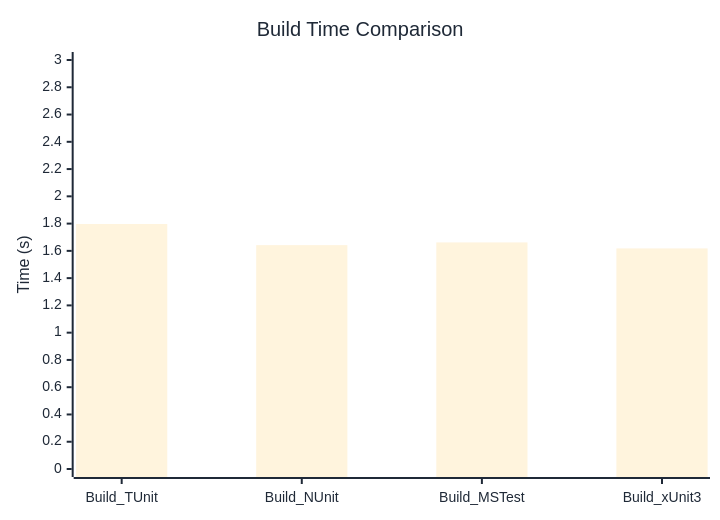
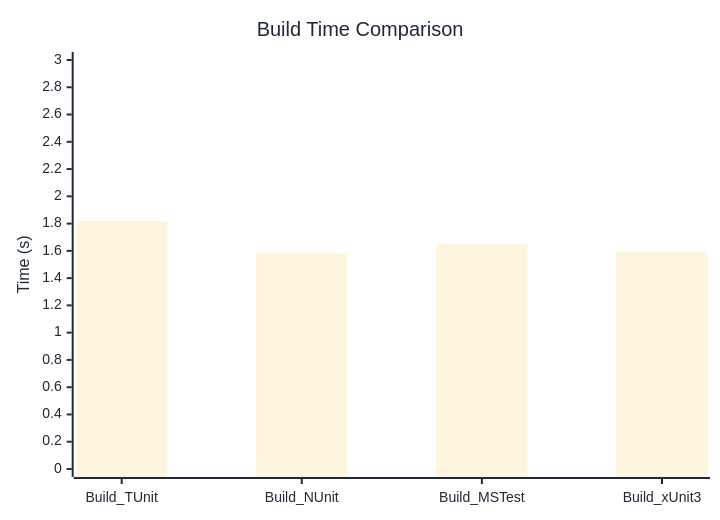
The diagram in docs/docs/benchmarks/BuildTime.md (thomhurst/TUnit), drawn with Mermaid before and after one commit. The commit also changed other lines of this file and 17 other files, not shown here.

````diff
--- a/docs/docs/benchmarks/BuildTime.md
+++ b/docs/docs/benchmarks/BuildTime.md
@@ -28,37 +28,37 @@
 ```mermaid
 %%{init: {
   'theme':'base',
   'themeVariables': {
     'primaryColor': '#2563eb',
     'primaryTextColor': '#1f2937',
     'primaryBorderColor': '#1e40af',
     'lineColor': '#6b7280',
     'secondaryColor': '#7c3aed',
     'tertiaryColor': '#dc2626',
     'background': '#ffffff',
     'mainBkg': '#2563eb',
     'secondBkg': '#7c3aed',
     'tertiaryBkg': '#dc2626',
     'clusterBkg': '#f3f4f6',
     'edgeLabelBackground': '#ffffff',
     'tertiaryTextColor': '#1f2937',
     'pie1': '#2563eb',
     'pie2': '#7c3aed',
     'pie3': '#dc2626',
     'pie4': '#f59e0b',
     'pie5': '#10b981',
     'pie6': '#06b6d4',
     'pie7': '#ec4899',
     'pie8': '#6366f1',
     'pie9': '#84cc16',
     'pie10': '#f97316',
     'pie11': '#14b8a6',
     'pie12': '#a855f7'
   }
 }}%%
 xychart-beta
   title "Build Time Comparison"
   x-axis ["Build_TUnit", "Build_NUnit", "Build_MSTest", "Build_xUnit3"]
   y-axis "Time (s)" 0 --> 3
-  bar [1.797, 1.642, 1.662, 1.618]
+  bar [1.819, 1.583, 1.651, 1.595]
 ```
````
